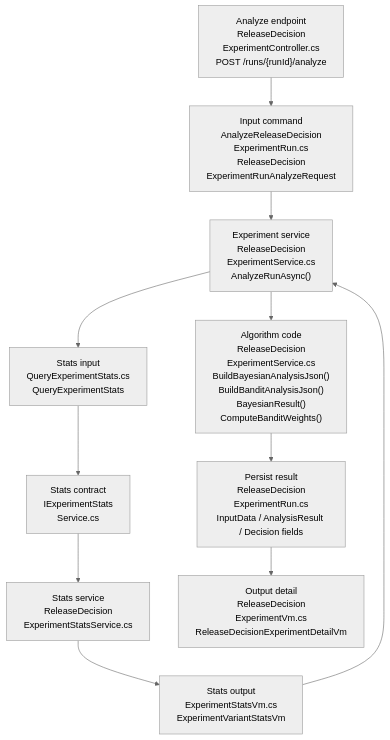
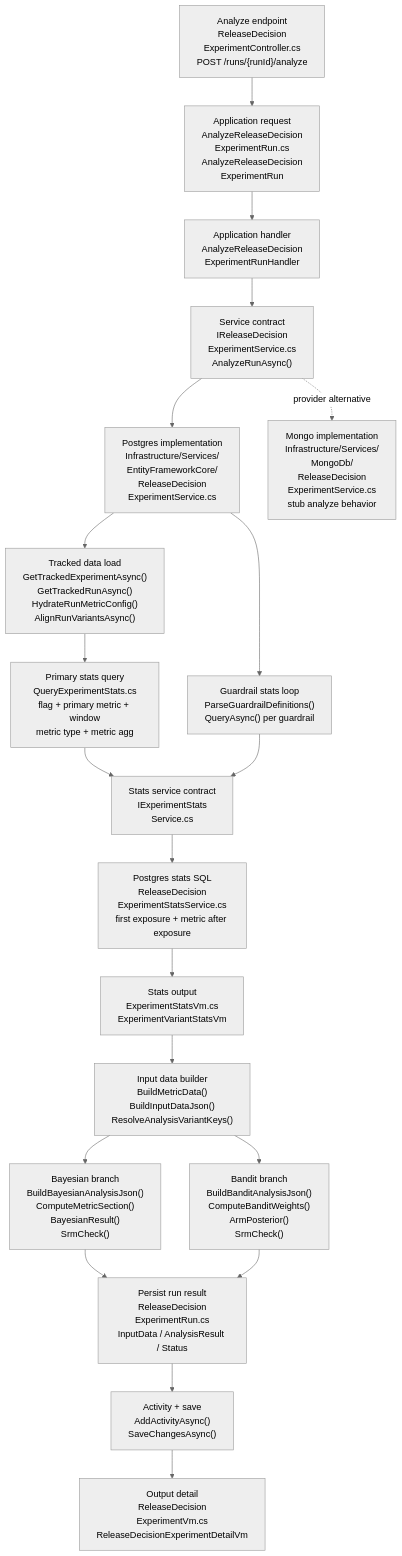
Before and after one commit to featbit/featbit: the second of 5 diagrams in v5.5.0-pr-review.md, drawn with Mermaid (neutral theme). The commit also changed other lines of this file and 1 other file, not shown here.

First line of the commit message:
Enhance server-side analysis flow for experiment runs

````diff
--- a/v5.5.0-pr-review.md
+++ b/v5.5.0-pr-review.md
@@ -87,17 +87,32 @@
 ```mermaid
 flowchart TD
     A["Analyze endpoint<br/>ReleaseDecision<br/>ExperimentController.cs<br/>POST /runs/{runId}/analyze"]
-    B["Input command<br/>AnalyzeReleaseDecision<br/>ExperimentRun.cs<br/>ReleaseDecision<br/>ExperimentRunAnalyzeRequest"]
-    C["Experiment service<br/>ReleaseDecision<br/>ExperimentService.cs<br/>AnalyzeRunAsync()"]
-    D["Stats input<br/>QueryExperimentStats.cs<br/>QueryExperimentStats"]
-    E["Stats contract<br/>IExperimentStats<br/>Service.cs"]
-    F["Stats service<br/>ReleaseDecision<br/>ExperimentStatsService.cs"]
-    G["Stats output<br/>ExperimentStatsVm.cs<br/>ExperimentVariantStatsVm"]
-    H["Algorithm code<br/>ReleaseDecision<br/>ExperimentService.cs<br/>BuildBayesianAnalysisJson()<br/>BuildBanditAnalysisJson()<br/>BayesianResult()<br/>ComputeBanditWeights()"]
-    I["Persist result<br/>ReleaseDecision<br/>ExperimentRun.cs<br/>InputData / AnalysisResult / Decision fields"]
-    J["Output detail<br/>ReleaseDecision<br/>ExperimentVm.cs<br/>ReleaseDecisionExperimentDetailVm"]
+    B["Application request<br/>AnalyzeReleaseDecision<br/>ExperimentRun.cs<br/>AnalyzeReleaseDecision<br/>ExperimentRun"]
+    C["Application handler<br/>AnalyzeReleaseDecision<br/>ExperimentRunHandler"]
+    D["Service contract<br/>IReleaseDecision<br/>ExperimentService.cs<br/>AnalyzeRunAsync()"]
+    E["Postgres implementation<br/>Infrastructure/Services/<br/>EntityFrameworkCore/<br/>ReleaseDecision<br/>ExperimentService.cs"]
+    F["Tracked data load<br/>GetTrackedExperimentAsync()<br/>GetTrackedRunAsync()<br/>HydrateRunMetricConfig()<br/>AlignRunVariantsAsync()"]
+    G["Primary stats query<br/>QueryExperimentStats.cs<br/>flag + primary metric + window<br/>metric type + metric agg"]
+    H["Stats service contract<br/>IExperimentStats<br/>Service.cs"]
+    I["Postgres stats SQL<br/>ReleaseDecision<br/>ExperimentStatsService.cs<br/>first exposure + metric after exposure"]
+    J["Stats output<br/>ExperimentStatsVm.cs<br/>ExperimentVariantStatsVm"]
+    K["Input data builder<br/>BuildMetricData()<br/>BuildInputDataJson()<br/>ResolveAnalysisVariantKeys()"]
+    L["Guardrail stats loop<br/>ParseGuardrailDefinitions()<br/>QueryAsync() per guardrail"]
+    M["Bayesian branch<br/>BuildBayesianAnalysisJson()<br/>ComputeMetricSection()<br/>BayesianResult()<br/>SrmCheck()"]
+    N["Bandit branch<br/>BuildBanditAnalysisJson()<br/>ComputeBanditWeights()<br/>ArmPosterior()<br/>SrmCheck()"]
+    O["Persist run result<br/>ReleaseDecision<br/>ExperimentRun.cs<br/>InputData / AnalysisResult / Status"]
+    P["Activity + save<br/>AddActivityAsync()<br/>SaveChangesAsync()"]
+    Q["Output detail<br/>ReleaseDecision<br/>ExperimentVm.cs<br/>ReleaseDecisionExperimentDetailVm"]
+    R["Mongo implementation<br/>Infrastructure/Services/<br/>MongoDb/<br/>ReleaseDecision<br/>ExperimentService.cs<br/>stub analyze behavior"]
 
-    A --> B --> C
-    C --> D --> E --> F --> G --> C
-    C --> H --> I --> J
+    A --> B --> C --> D
+    D --> E
+    D -. provider alternative .-> R
+    E --> F --> G --> H --> I --> J --> K
+    E --> L --> H
+    K --> M
+    K --> N
+    M --> O
+    N --> O
+    O --> P --> Q
 ```
````
